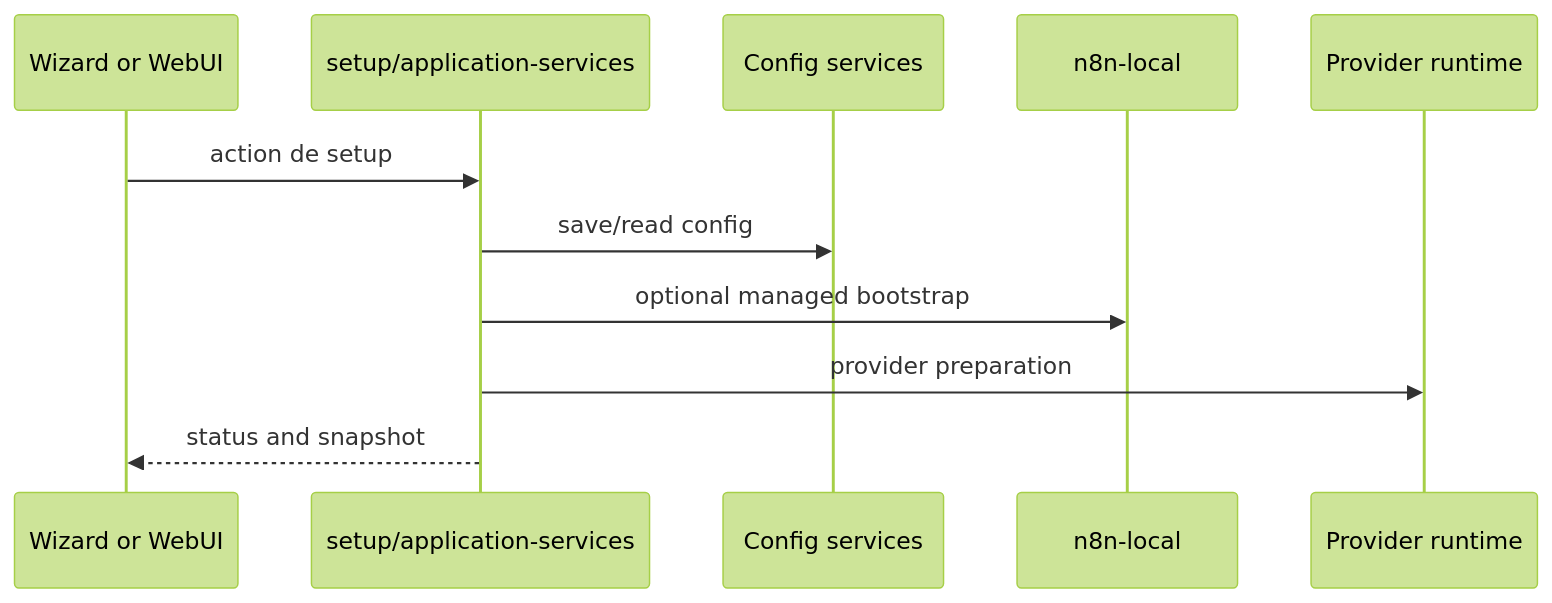
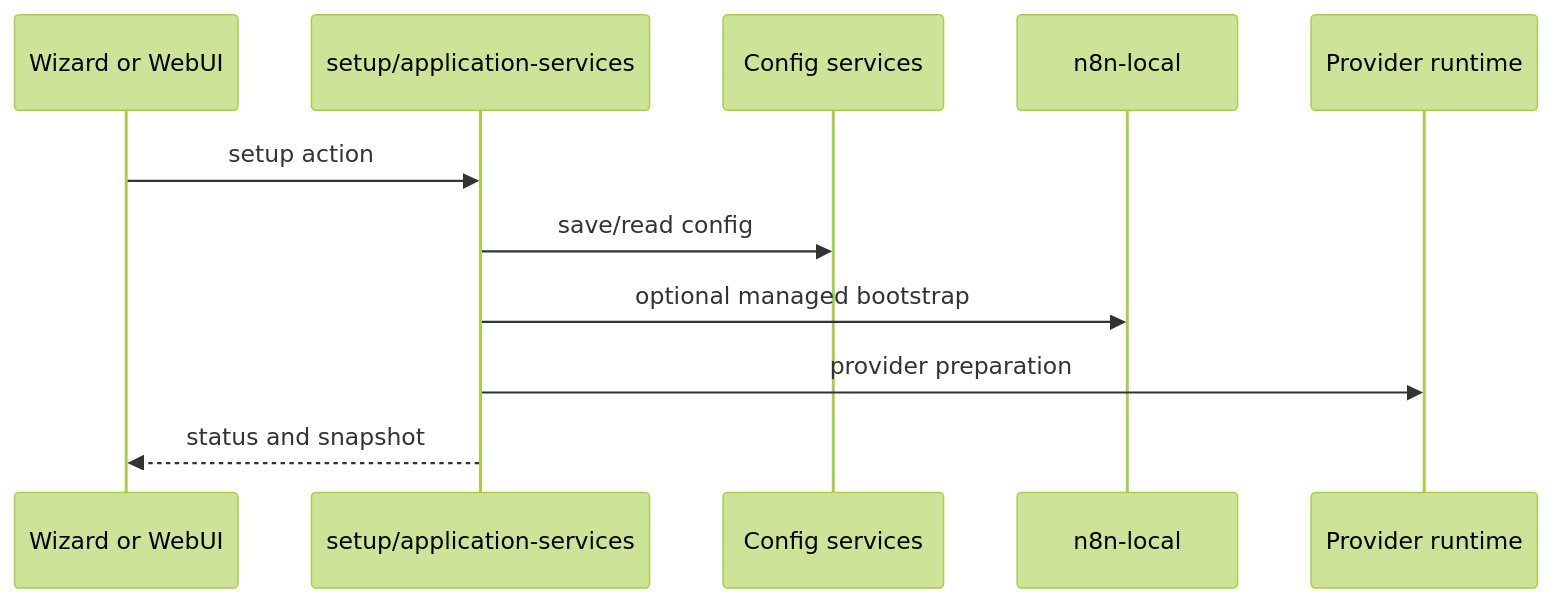
Before and after one commit to EtienneLescot/yagr: the third of 7 diagrams in architecture/current/runtime-flows.md, drawn with Mermaid (forest theme). The commit also changed other lines of this file and 13 other files, not shown here.

First line of the commit message:
docs: translate architectural documentation to English

````diff
--- a/architecture/current/runtime-flows.md
+++ b/architecture/current/runtime-flows.md
@@ -70,14 +70,14 @@
 ```mermaid
 sequenceDiagram
     participant UI as Wizard or WebUI
     participant AS as setup/application-services
     participant CFG as Config services
     participant NL as n8n-local
     participant PR as Provider runtime
 
-    UI->>AS: action de setup
+    UI->>AS: setup action
     AS->>CFG: save/read config
     AS->>NL: optional managed bootstrap
     AS->>PR: provider preparation
     AS-->>UI: status and snapshot
 ```
````
